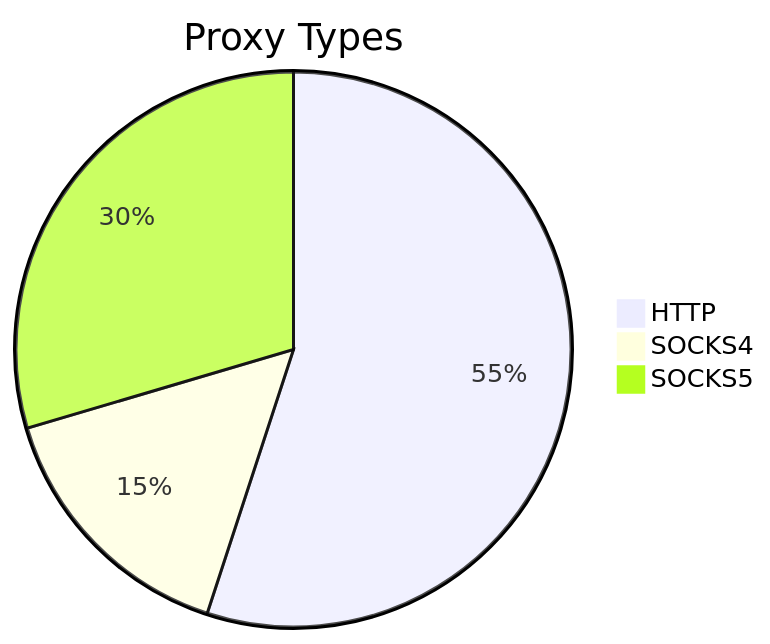
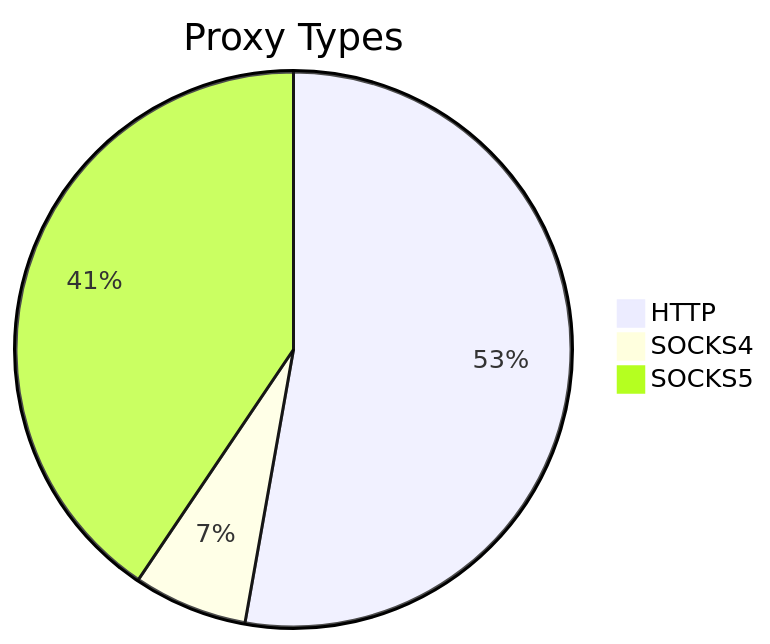
One commit to stormsia/proxy-list changed the first of 2 diagrams in README.md. Above: the diagram before and after it, drawn with Mermaid. The commit also changed other lines of this file, not shown here.

````diff
--- a/README.md
+++ b/README.md
@@ -21,6 +21,6 @@
 ```mermaid
 pie title Proxy Types
-    "HTTP" : 268
-    "SOCKS4" : 75
-    "SOCKS5" : 144
+    "HTTP" : 151
+    "SOCKS4" : 19
+    "SOCKS5" : 116
 ```
````
